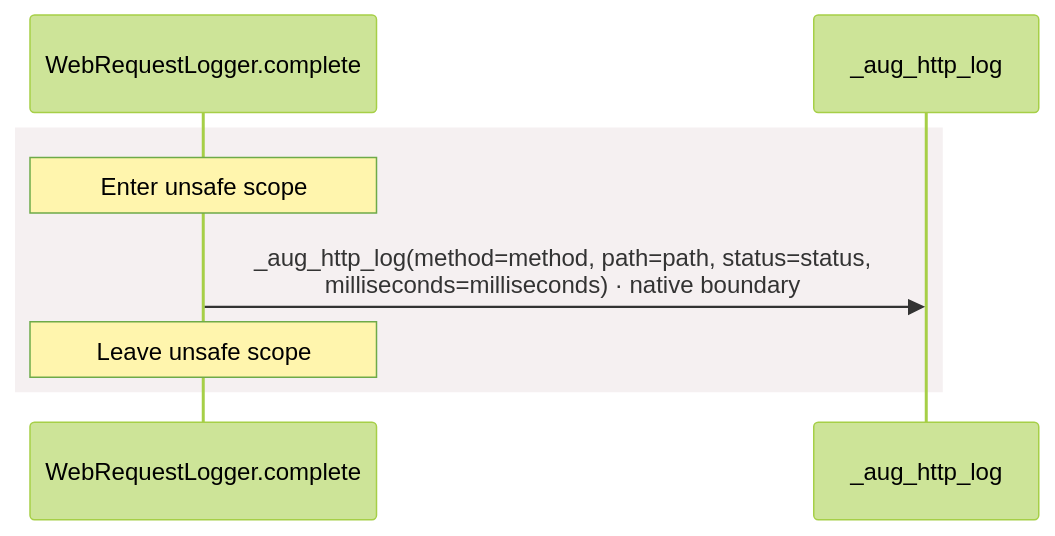
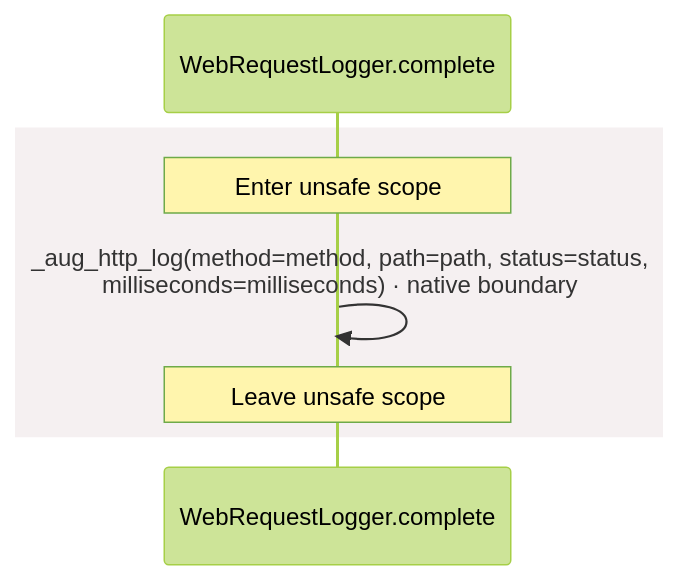
The second of 6 diagrams in docs/examples/oidc-login/dependencies/packages/@git/url_897efafd565158fc4908/0.0.0-git.a39fc582565d4fca40be4f75fa304d71adc69301/contracts-diagrams.md (GreenPandaStudios/augscript), drawn with Mermaid (forest theme) before and after one commit. The commit also changed other lines of this file and 304 other files, not shown here.

Commit message:
Make generated data-flow sequences concise and review every diagram

````diff
--- a/docs/examples/oidc-login/dependencies/packages/@git/url_897efafd565158fc4908/0.0.0-git.a39fc582565d4fca40be4f75fa304d71adc69301/contracts-diagrams.md
+++ b/docs/examples/oidc-login/dependencies/packages/@git/url_897efafd565158fc4908/0.0.0-git.a39fc582565d4fca40be4f75fa304d71adc69301/contracts-diagrams.md
@@ -114,10 +91,10 @@
 ```mermaid
 sequenceDiagram
     participant p0 as WebRequestLogger.complete
-    participant p1 as _aug_http_log
+
     rect rgb(245, 240, 241)
     Note over p0: Enter unsafe scope
-    p0->>p1: _aug_http_log(method=method, path=path, status=status,<br/>milliseconds=milliseconds) · native boundary
+    p0->>p0: _aug_http_log(method=method, path=path, status=status,<br/>milliseconds=milliseconds) · native boundary
     Note over p0: Leave unsafe scope
     end
 ```
````
